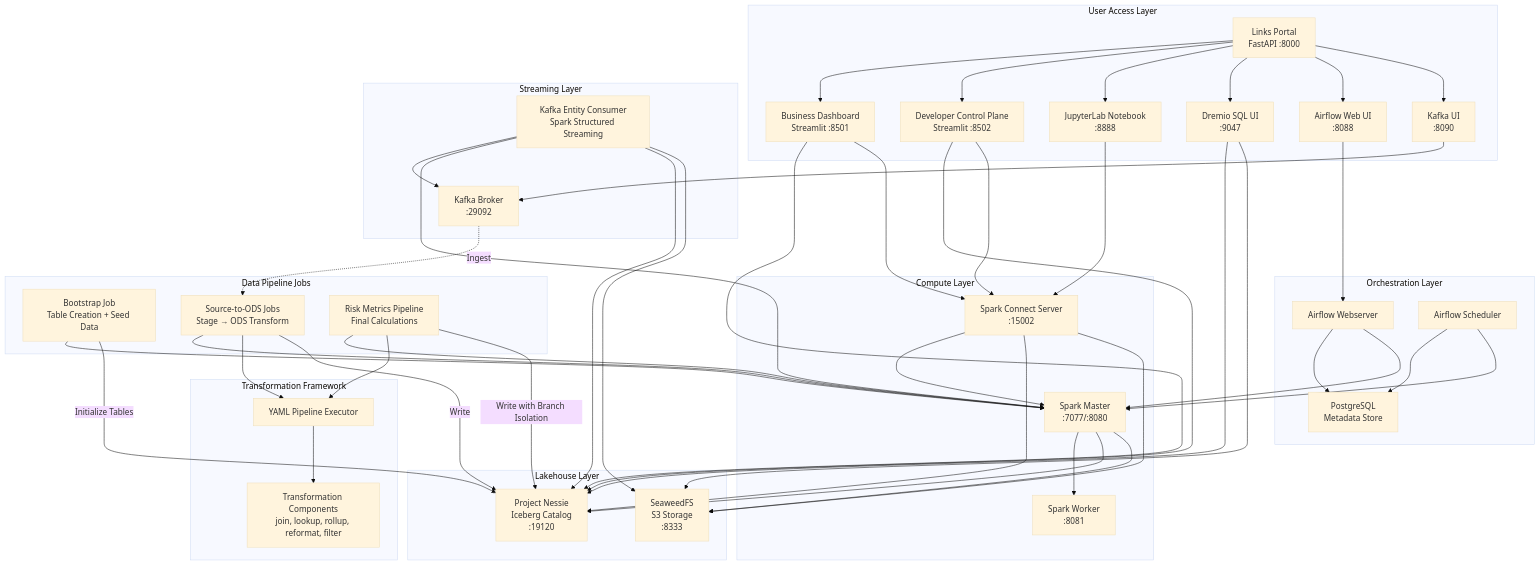
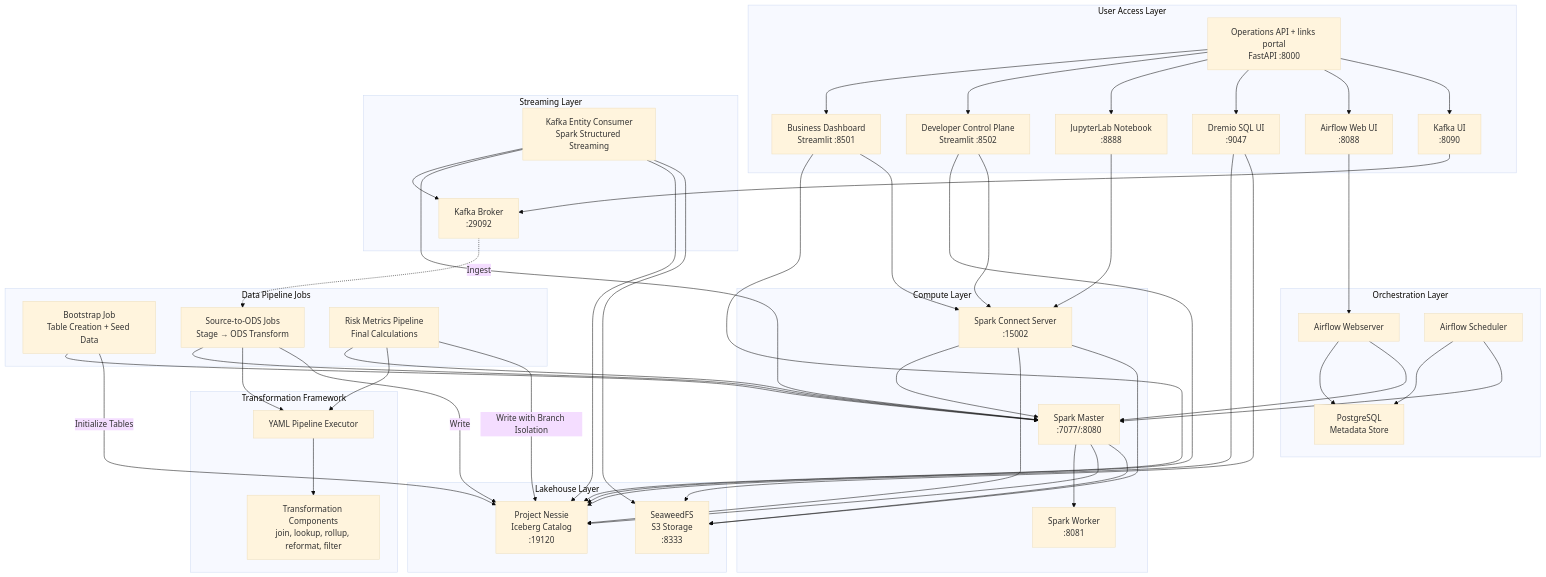
One commit to sankarasub/riskanalytics_df changed the first of 6 diagrams in ARCHITECTURE_DIAGRAM.md. Above: the diagram before and after it, drawn with Mermaid (base theme). The commit also changed other lines of this file and 52 other files, not shown here.

```diff
--- a/ARCHITECTURE_DIAGRAM.md
+++ b/ARCHITECTURE_DIAGRAM.md
@@ -11,7 +11,7 @@
     subgraph "User Access Layer"
         BusinessUI["Business Dashboard<br/>Streamlit :8501"]
         DeveloperUI["Developer Control Plane<br/>Streamlit :8502"]
-        LinksAPI["Links Portal<br/>FastAPI :8000"]
+        LinksAPI["Operations API + links portal<br/>FastAPI :8000"]
         JupyterLab["JupyterLab Notebook<br/>:8888"]
         DremioUI["Dremio SQL UI<br/>:9047"]
         AirflowUI["Airflow Web UI<br/>:8088"]
```
